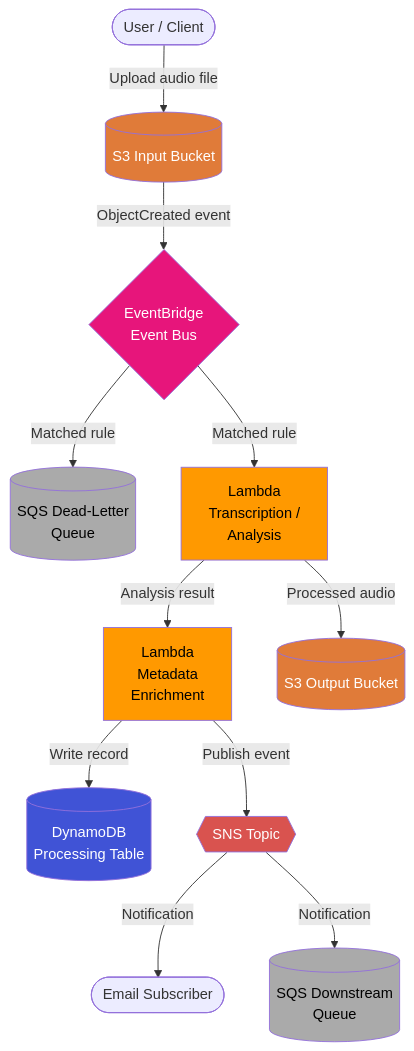
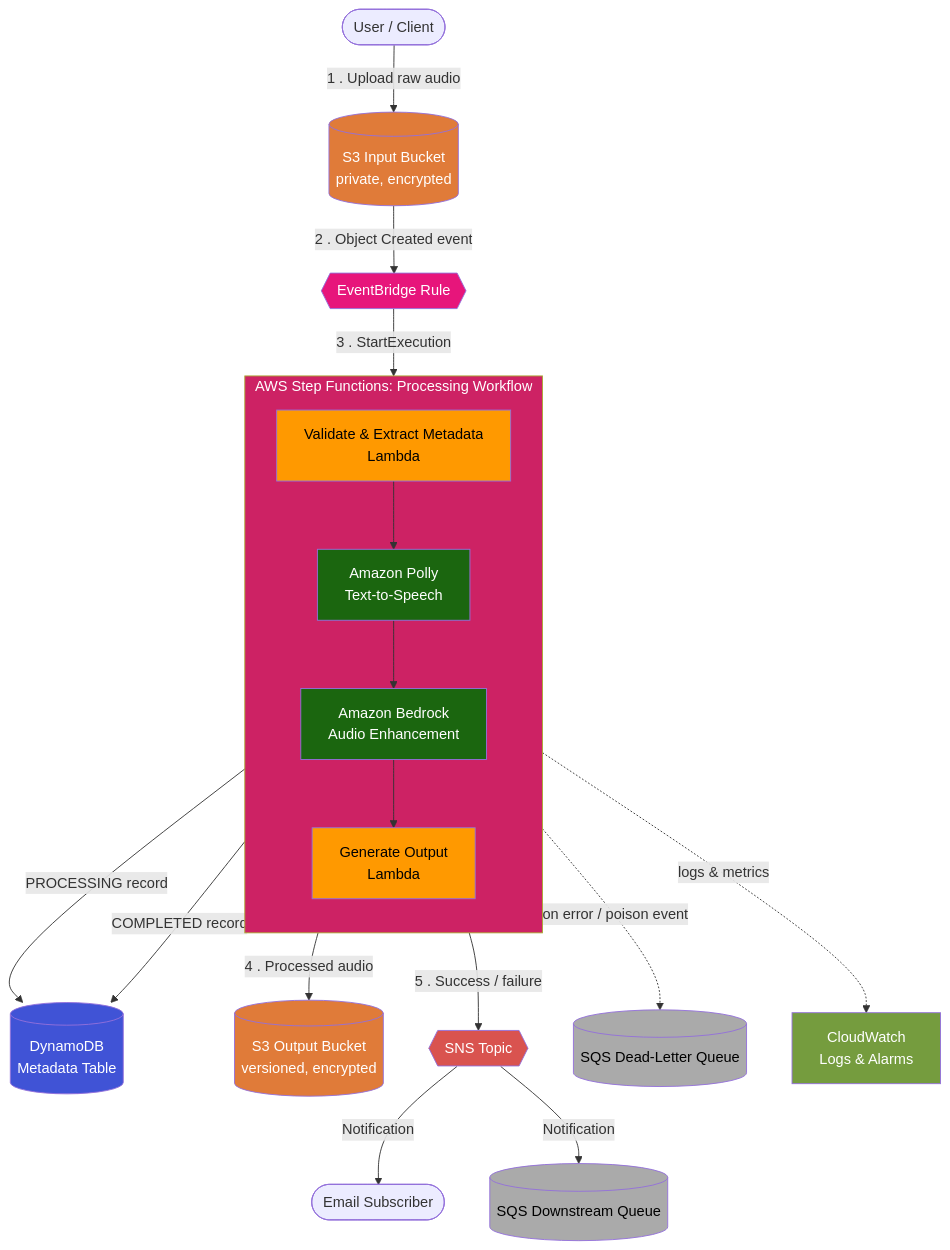
One commit to obstreperous-ai/cdk-sleep-ts-copilot changed the diagram in ARCHITECTURE.md. Above: the diagram before and after it, drawn with Mermaid. The commit also changed other lines of this file and 1 other file, not shown here.

Commit message:
docs(architecture): design event-driven sleep audio pipeline spec and diagram

````diff
--- a/ARCHITECTURE.md
+++ b/ARCHITECTURE.md
@@ -62,28 +109,40 @@
 ```mermaid
 flowchart TD
-    U([User / Client]) -->|Upload audio file| S3in[(S3 Input Bucket)]
+    U([User / Client]) -->|1 . Upload raw audio| S3in[(S3 Input Bucket<br/>private, encrypted)]
 
-    S3in -->|ObjectCreated event| EB{EventBridge\nEvent Bus}
+    S3in -->|2 . Object Created event| EB{{EventBridge Rule}}
+    EB -->|3 . StartExecution| SFN
 
-    EB -->|Matched rule| DLQ[(SQS Dead-Letter\nQueue)]
-    EB -->|Matched rule| L1[Lambda\nTranscription /\nAnalysis]
+    subgraph SFN [AWS Step Functions: Processing Workflow]
+        direction TB
+        V[Validate &amp; Extract Metadata<br/>Lambda] --> POLLY[Amazon Polly<br/>Text-to-Speech]
+        POLLY --> BED[Amazon Bedrock<br/>Audio Enhancement]
+        BED --> OUT[Generate Output<br/>Lambda]
+    end
 
-    L1 -->|Analysis result| L2[Lambda\nMetadata\nEnrichment]
-    L1 -->|Processed audio| S3out[(S3 Output Bucket)]
+    V -->|PROCESSING record| DDB[(DynamoDB<br/>Metadata Table)]
+    OUT -->|COMPLETED record| DDB
+    OUT -->|4 . Processed audio| S3out[(S3 Output Bucket<br/>versioned, encrypted)]
 
-    L2 -->|Write record| DDB[(DynamoDB\nProcessing Table)]
-    L2 -->|Publish event| SNS{{SNS Topic}}
+    SFN -->|5 . Success / failure| SNS{{SNS Topic}}
+    SFN -. on error / poison event .-> DLQ[(SQS Dead-Letter Queue)]
 
     SNS -->|Notification| Email([Email Subscriber])
-    SNS -->|Notification| SQSdown[(SQS Downstream\nQueue)]
+    SNS -->|Notification| SQSdown[(SQS Downstream Queue)]
+
+    SFN -. logs &amp; metrics .-> CW[CloudWatch<br/>Logs &amp; Alarms]
 
     style S3in fill:#e07b39,color:#fff
     style S3out fill:#e07b39,color:#fff
     style EB fill:#e7157b,color:#fff
-    style L1 fill:#f90,color:#000
-    style L2 fill:#f90,color:#000
+    style SFN fill:#cd2264,color:#fff
+    style V fill:#f90,color:#000
+    style OUT fill:#f90,color:#000
+    style POLLY fill:#1b660f,color:#fff
+    style BED fill:#1b660f,color:#fff
     style DDB fill:#4053d6,color:#fff
     style SNS fill:#d9534f,color:#fff
     style DLQ fill:#aaa,color:#000
     style SQSdown fill:#aaa,color:#000
+    style CW fill:#759c3e,color:#fff
 ```
````
